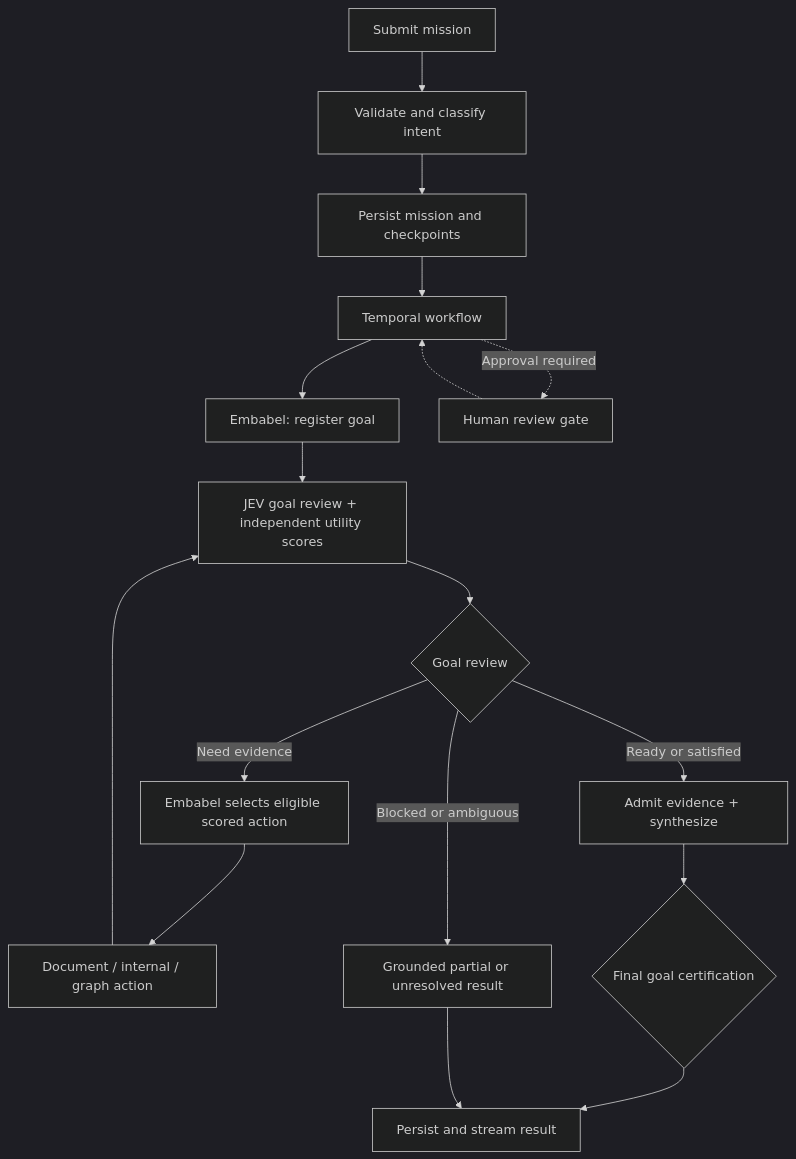
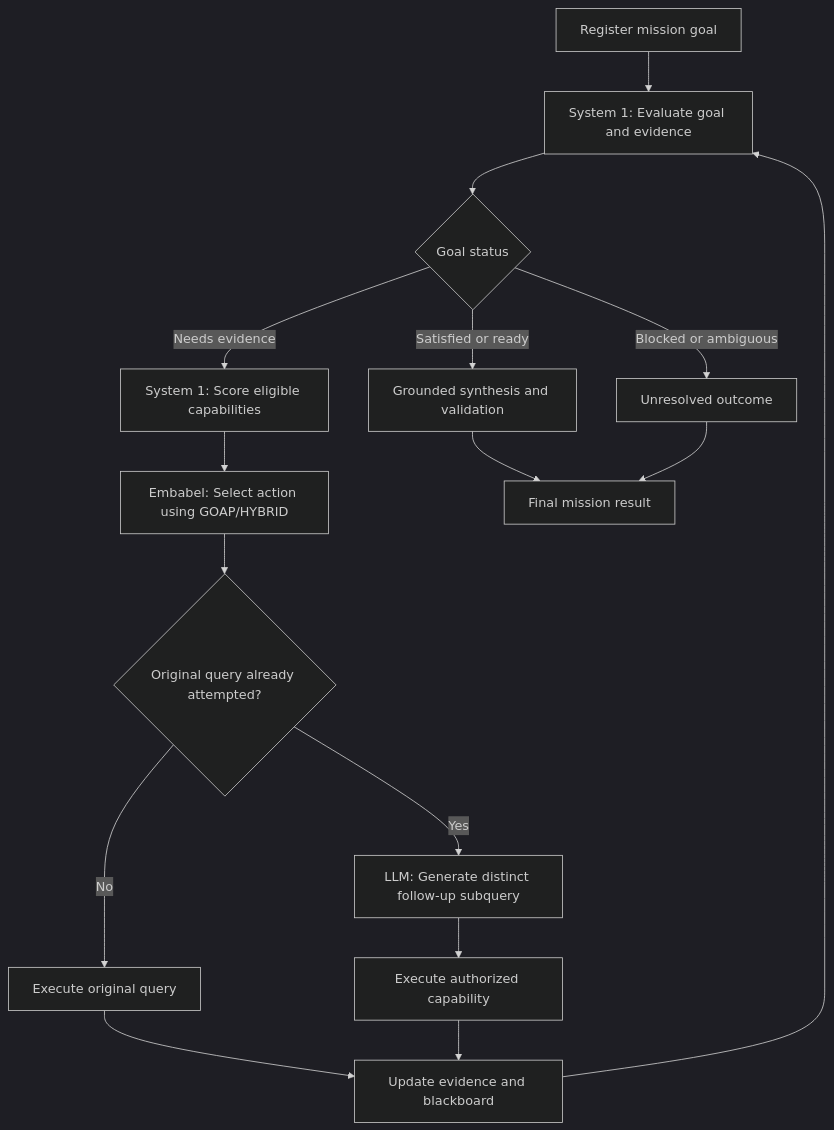
One commit to hashedgrey/Sparrow-x changed the second of 2 diagrams in README.md. Above: the diagram before and after it, drawn with Mermaid (dark theme). The commit also changed other lines of this file, not shown here.

Commit message:
docs(readme): align architecture and features with latest SparrowX implementation

````diff
--- a/README.md
+++ b/README.md
@@ -76,19 +80,18 @@
 ```mermaid
 flowchart TD
-    A[Submit mission] --> B[Validate and classify intent]
-    B --> C[Persist mission and checkpoints]
-    C --> D[Temporal workflow]
-    D --> E[Embabel: register goal]
-    E --> F[JEV goal review + independent utility scores]
-    F --> G{Goal review}
-    G -->|Need evidence| H[Embabel selects eligible scored action]
-    H --> I[Document / internal / graph action]
-    I --> F
-    G -->|Ready or satisfied| J[Admit evidence + synthesize]
-    G -->|Blocked or ambiguous| K[Grounded partial or unresolved result]
-    J --> N{Final goal certification}
-    N --> L[Persist and stream result]
-    K --> L
-    D -.->|Approval required| M[Human review gate]
-    M -.-> D
+    A[Register mission goal] --> B[System 1: Evaluate goal and evidence]
+    B --> C{Goal status}
+    C -->|Needs evidence| D[System 1: Score eligible capabilities]
+    D --> E[Embabel: Select action using GOAP/HYBRID]
+    E --> F{Original query already attempted?}
+    F -->|No| G[Execute original query]
+    F -->|Yes| H[LLM: Generate distinct follow-up subquery]
+    H --> I[Execute authorized capability]
+    G --> J[Update evidence and blackboard]
+    I --> J
+    J --> B
+    C -->|Satisfied or ready| K[Grounded synthesis and validation]
+    C -->|Blocked or ambiguous| L[Unresolved outcome]
+    K --> M[Final mission result]
+    L --> M
 ```
````
